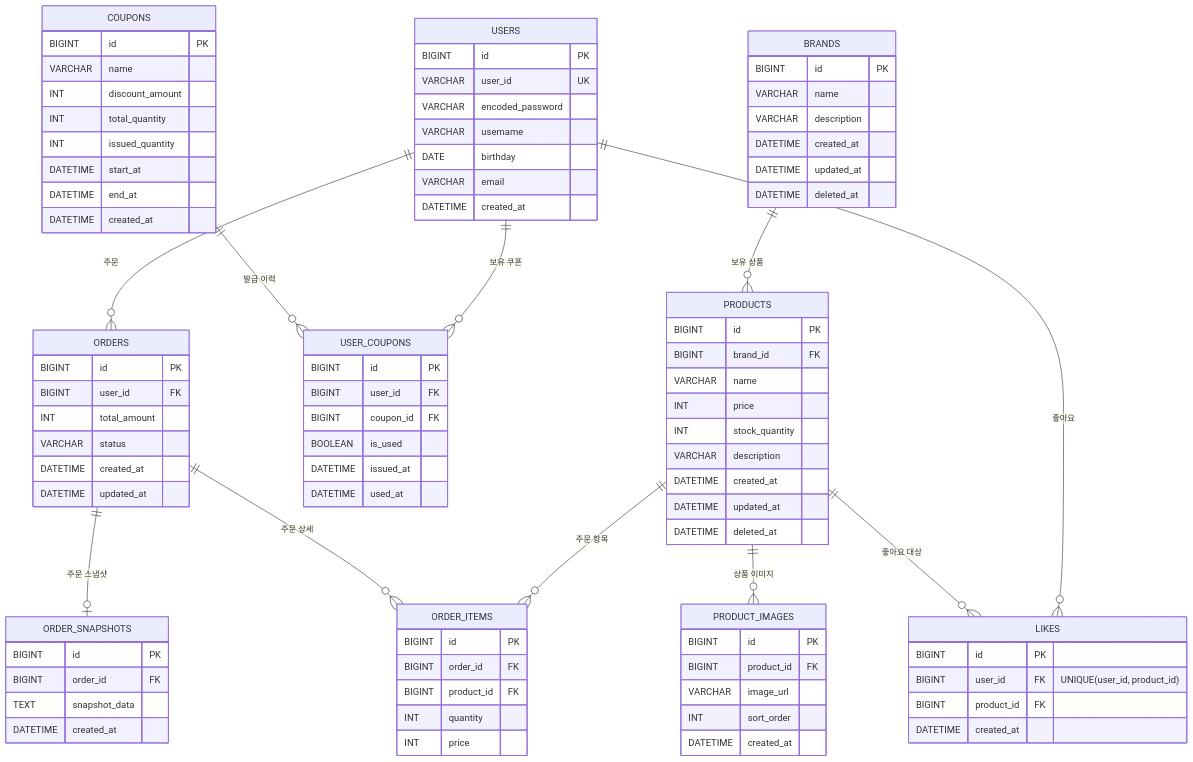
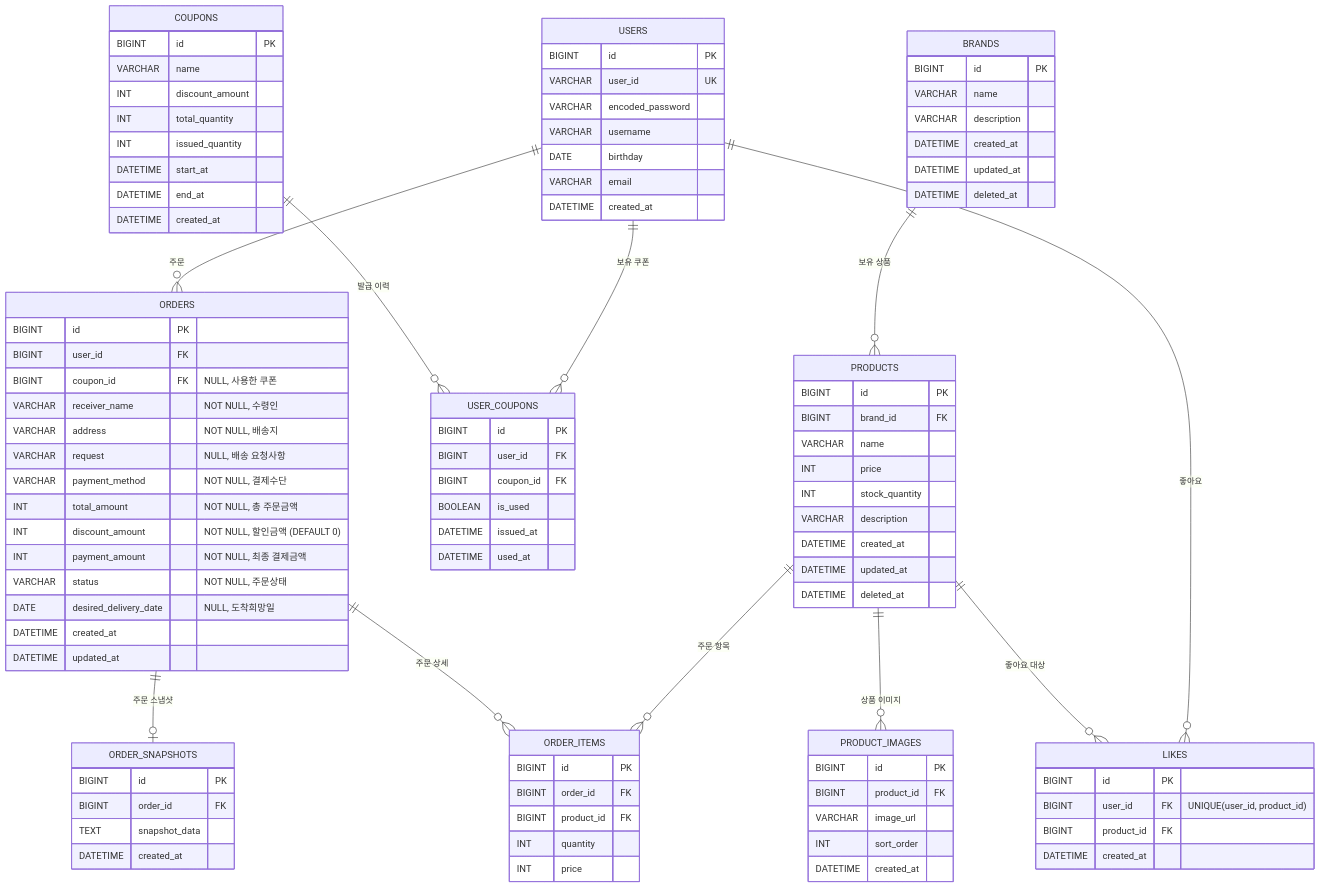
The third of 3 diagrams in .docs/design/04-erd.md (ukukdin/loop-pack-be-l2-vol3-java), drawn with Mermaid before and after one commit. The commit also changed other lines of this file and 1 other file, not shown here.

Commit message:
refactor : 시퀀스 수정 및 erd 추가

```diff
--- a/.docs/design/04-erd.md
+++ b/.docs/design/04-erd.md
@@ -183,8 +183,16 @@
     ORDERS {
         BIGINT id PK
         BIGINT user_id FK
-        INT total_amount
-        VARCHAR status
+        BIGINT coupon_id FK "NULL, 사용한 쿠폰"
+        VARCHAR receiver_name "NOT NULL, 수령인"
+        VARCHAR address "NOT NULL, 배송지"
+        VARCHAR request "NULL, 배송 요청사항"
+        VARCHAR payment_method "NOT NULL, 결제수단"
+        INT total_amount "NOT NULL, 총 주문금액"
+        INT discount_amount "NOT NULL, 할인금액 (DEFAULT 0)"
+        INT payment_amount "NOT NULL, 최종 결제금액"
+        VARCHAR status "NOT NULL, 주문상태"
+        DATE desired_delivery_date "NULL, 도착희망일"
         DATETIME created_at
         DATETIME updated_at
     }
```
